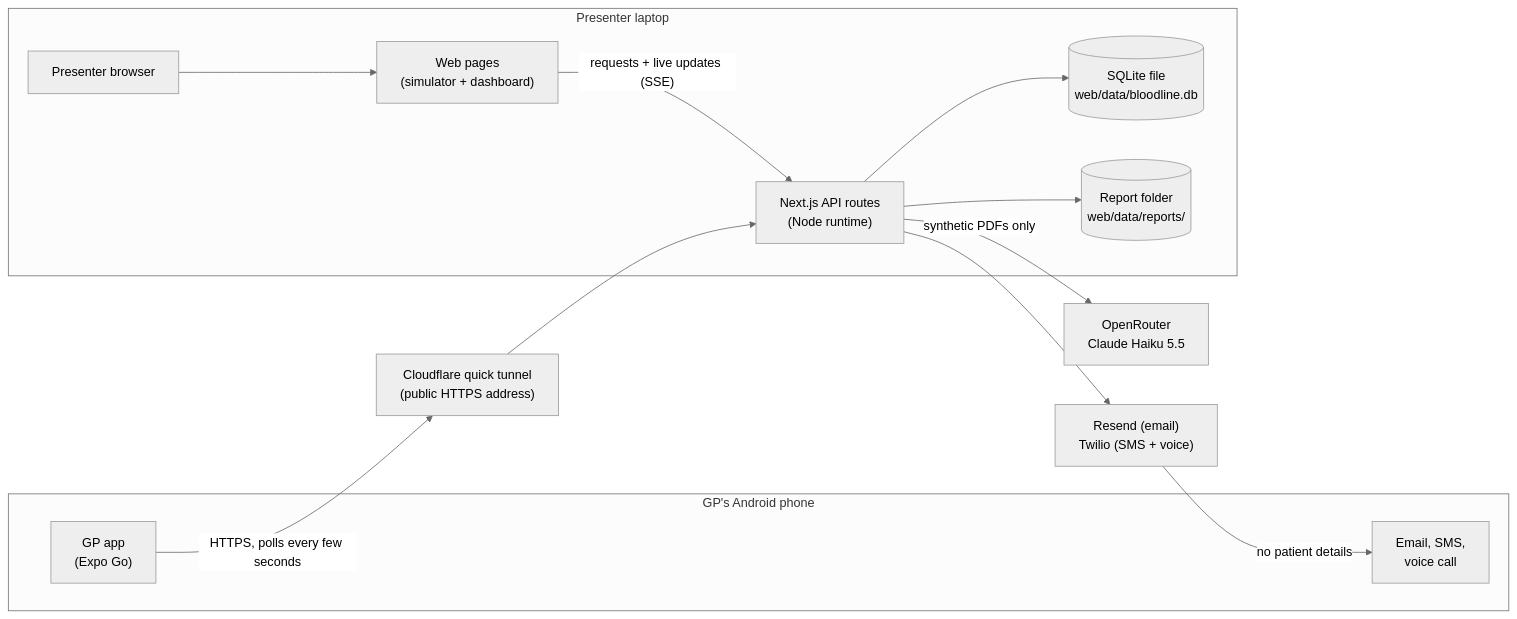
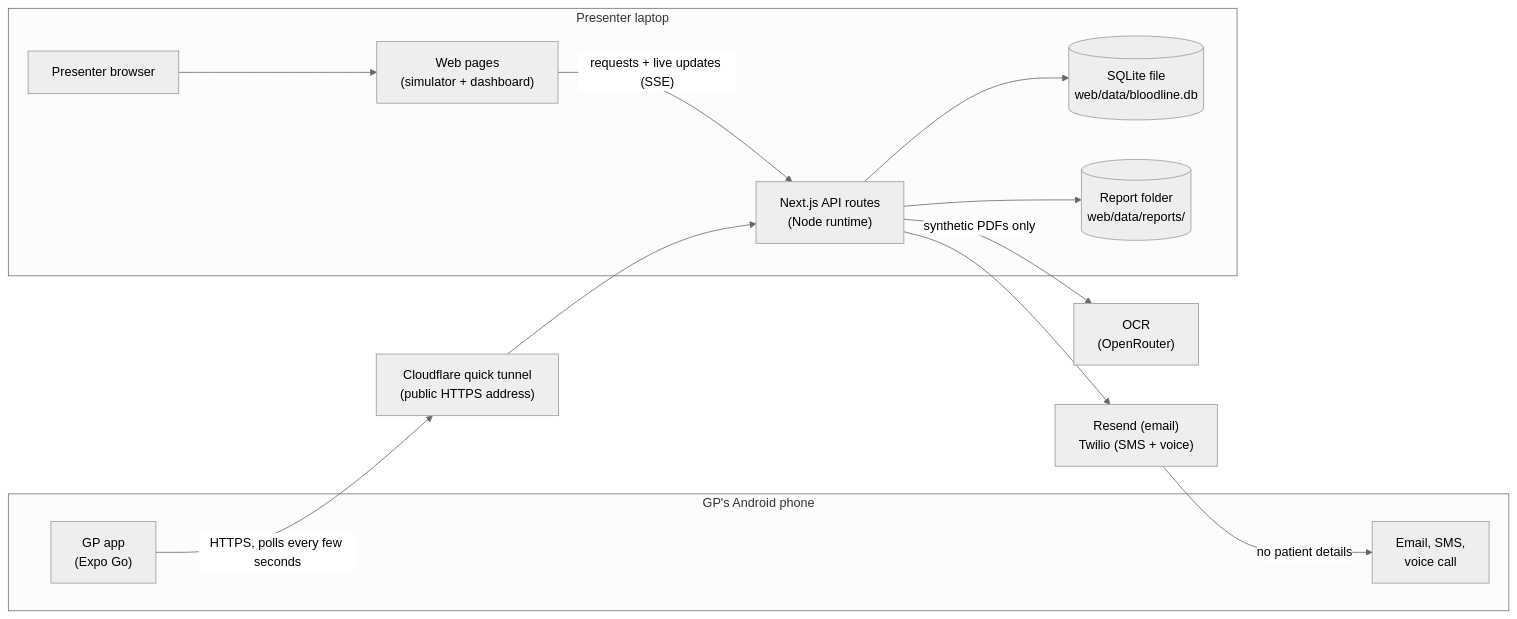
Before and after one commit to AR13X3/Bloodline: the first of 3 diagrams in docs/PRD.md, drawn with Mermaid (neutral theme). The commit also changed other lines of this file and 86 other files, not shown here.

````diff
--- a/docs/PRD.md
+++ b/docs/PRD.md
@@ -545,29 +550,29 @@
 ```mermaid
 flowchart LR
     subgraph phone["GP's Android phone"]
         app["GP app<br/>(Expo Go)"]
         nudge["Email, SMS,<br/>voice call"]
     end
 
     subgraph laptop["Presenter laptop"]
         browser["Presenter browser"]
         pages["Web pages<br/>(simulator + dashboard)"]
         api["Next.js API routes<br/>(Node runtime)"]
         db[("SQLite file<br/>web/data/bloodline.db")]
         files[("Report folder<br/>web/data/reports/")]
     end
 
     tunnel["Cloudflare quick tunnel<br/>(public HTTPS address)"]
-    ai["OpenRouter<br/>Claude Haiku 5.5"]
+    ocr["OCR<br/>(OpenRouter)"]
     msg["Resend (email)<br/>Twilio (SMS + voice)"]
 
     app -- "HTTPS, polls every few seconds" --> tunnel
     tunnel --> api
     browser --> pages
     pages -- "requests + live updates (SSE)" --> api
     api --> db
     api --> files
-    api -- "synthetic PDFs only" --> ai
+    api -- "synthetic PDFs only" --> ocr
     api --> msg
     msg -- "no patient details" --> nudge
 ```
````
